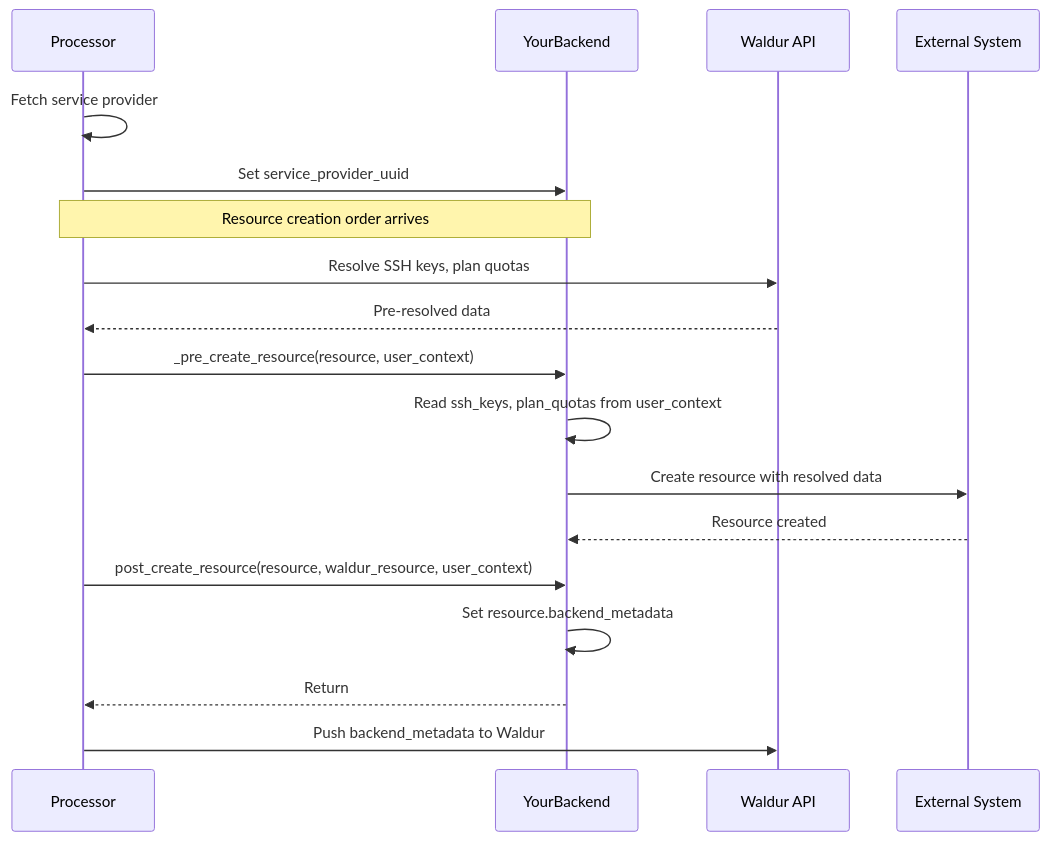
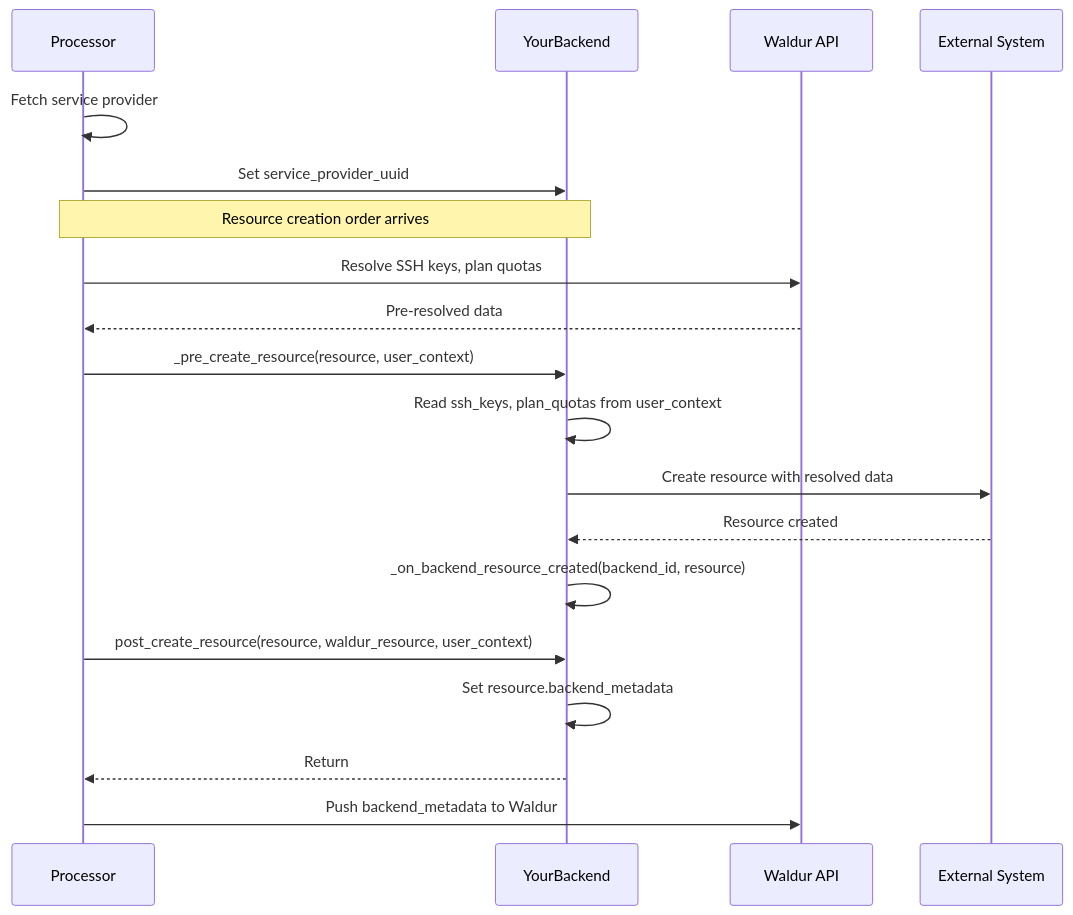
The second of 2 diagrams in docs/plugin-development-guide.md (waldur/waldur-site-agent), drawn with Mermaid before and after one commit. The commit also changed other lines of this file and 6 other files, not shown here.

````diff
--- a/docs/plugin-development-guide.md
+++ b/docs/plugin-development-guide.md
@@ -1015,24 +1019,25 @@
 ```mermaid
 sequenceDiagram
     participant P as Processor
     participant B as YourBackend
     participant W as Waldur API
     participant E as External System
 
     P->>P: Fetch service provider
     P->>B: Set service_provider_uuid
 
     Note over P,B: Resource creation order arrives
 
     P->>W: Resolve SSH keys, plan quotas
     W-->>P: Pre-resolved data
     P->>B: _pre_create_resource(resource, user_context)
     B->>B: Read ssh_keys, plan_quotas from user_context
     B->>E: Create resource with resolved data
     E-->>B: Resource created
+    B->>B: _on_backend_resource_created(backend_id, resource)
 
     P->>B: post_create_resource(resource, waldur_resource, user_context)
     B->>B: Set resource.backend_metadata
     B-->>P: Return
     P->>W: Push backend_metadata to Waldur
 ```
````
